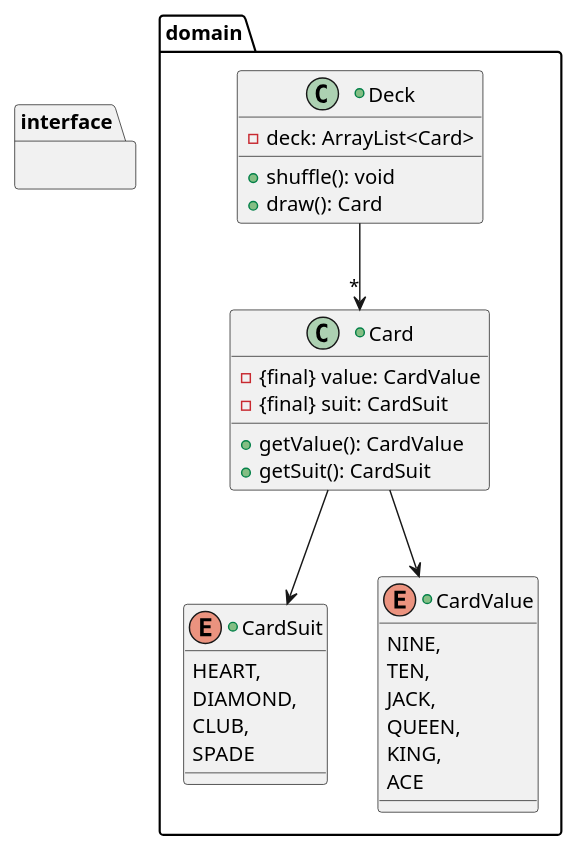
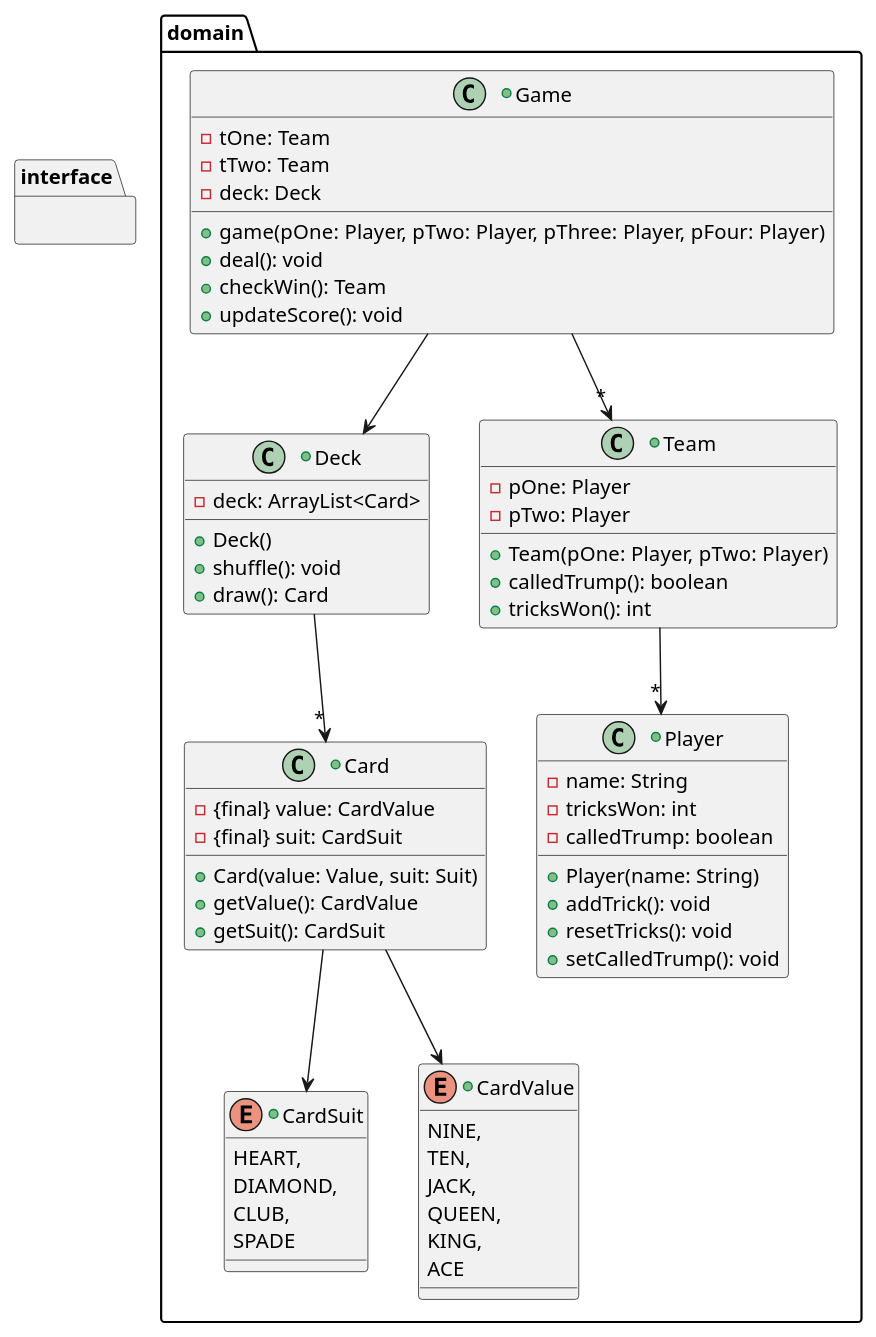
One commit to nu-cs-sw-design/project-20252601-nic_396_fp changed the diagram in docs/design/design.puml. Above: the diagram before and after it, drawn with PlantUML.

Commit message:
began adding game logic to diagram

```diff
--- a/docs/design/design.puml
+++ b/docs/design/design.puml
@@ -1,42 +1,80 @@
 @startuml
 package domain {
     +class Deck {
         -deck: ArrayList<Card>
 
+        +Deck()
         +shuffle(): void
         +draw(): Card
     }
 
     +class Card {
         -{final} value: CardValue
         -{final} suit: CardSuit
 
+        +Card(value: Value, suit: Suit)
         +getValue(): CardValue
         +getSuit(): CardSuit
     }
 
     +enum CardSuit {
         HEART,
         DIAMOND,
         CLUB,
         SPADE
     }
     +enum CardValue {
         NINE,
         TEN,
         JACK,
         QUEEN,
         KING,
         ACE
     }
+
+    +class Game {
+        -tOne: Team
+        -tTwo: Team
+        -deck: Deck
+
+        +game(pOne: Player, pTwo: Player, pThree: Player, pFour: Player)
+        +deal(): void
+        +checkWin(): Team
+        +updateScore(): void
+    }
+
+    +class Team {
+        -pOne: Player
+        -pTwo: Player
+
+        +Team(pOne: Player, pTwo: Player)
+        +calledTrump(): boolean
+        +tricksWon(): int
+
+    }
+
+    +class Player {
+        -name: String
+        -tricksWon: int
+        -calledTrump: boolean
+
+        +Player(name: String)
+        +addTrick(): void
+        +resetTricks(): void
+        +setCalledTrump(): void
+
+    }
 }
 package interface {
 
 }
 
 Deck --> "*" Card
 Card --> CardSuit
 Card --> CardValue
+Game --> "*" Team
+Game --> Deck
+Team --> "*" Player
 
 
 @enduml
```
